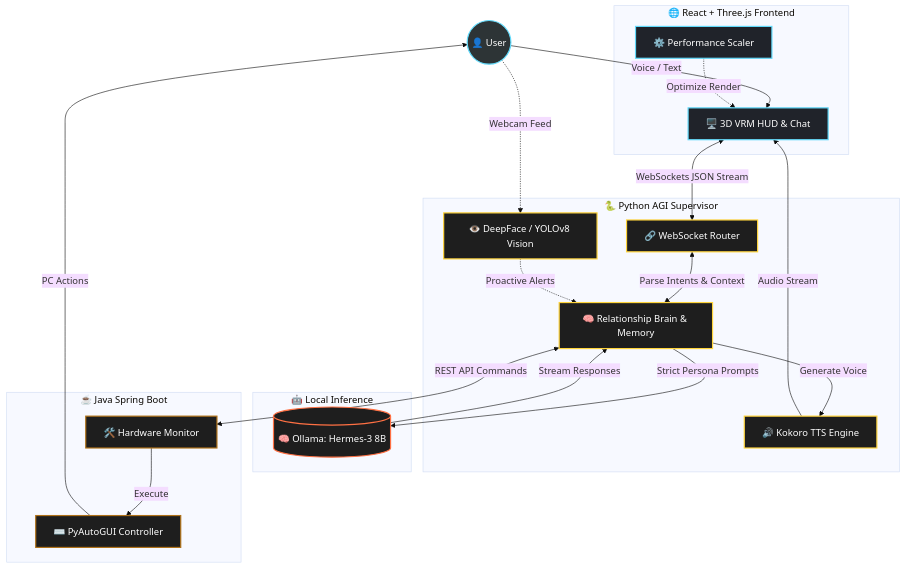
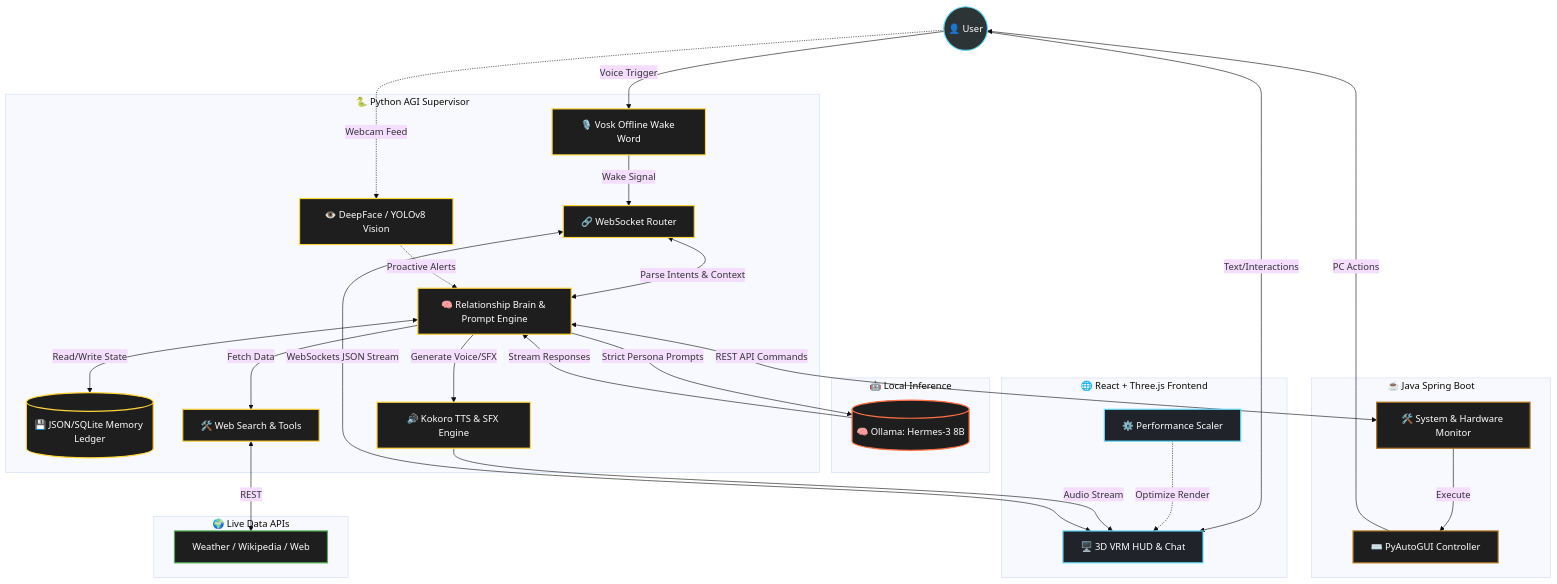
One commit to binoremohapatra/Maeve-AI changed the diagram in README.md. Above: the diagram before and after it, drawn with Mermaid (base theme).

Commit message:
docs: Expand Mermaid architecture diagram with full backend services

````diff
--- a/README.md
+++ b/README.md
@@ -33,52 +33,66 @@
 ```mermaid
 graph TD
     %% Styling Definitions
     classDef user fill:#2d3436,stroke:#61dafb,stroke-width:2px,color:#fff;
     classDef frontend fill:#20232a,stroke:#61dafb,stroke-width:2px,color:#fff;
     classDef python fill:#1e1e1e,stroke:#ffd43b,stroke-width:2px,color:#fff;
     classDef java fill:#1e1e1e,stroke:#b07219,stroke-width:2px,color:#fff;
     classDef ai fill:#1e1e1e,stroke:#ff7043,stroke-width:2px,color:#fff;
+    classDef ext fill:#1e1e1e,stroke:#4caf50,stroke-width:2px,color:#fff;
 
     User((👤 User)):::user
 
     subgraph Frontend [🌐 React + Three.js Frontend]
         UI[🖥️ 3D VRM HUD & Chat]:::frontend
         Perf[⚙️ Performance Scaler]:::frontend
     end
 
     subgraph PythonBackend [🐍 Python AGI Supervisor]
         Router[🔗 WebSocket Router]:::python
-        Brain[🧠 Relationship Brain & Memory]:::python
+        Vosk[🎙️ Vosk Offline Wake Word]:::python
+        Brain[🧠 Relationship Brain & Prompt Engine]:::python
+        Memory[(💾 JSON/SQLite Memory Ledger)]:::python
+        Tools[🛠️ Web Search & Tools]:::python
         Vision[👁️ DeepFace / YOLOv8 Vision]:::python
-        Audio[🔊 Kokoro TTS Engine]:::python
+        Audio[🔊 Kokoro TTS & SFX Engine]:::python
     end
 
     subgraph LocalAI [🤖 Local Inference]
         LLM[(🧠 Ollama: Hermes-3 8B)]:::ai
     end
 
+    subgraph External [🌍 Live Data APIs]
+        Web[Weather / Wikipedia / Web]:::ext
+    end
+
     subgraph JavaBackend [☕ Java Spring Boot]
-        SysCtrl[🛠️ Hardware Monitor]:::java
+        SysCtrl[🛠️ System & Hardware Monitor]:::java
         Auto[⌨️ PyAutoGUI Controller]:::java
     end
 
     %% Connections
-    User -->|Voice / Text| UI
+    User -->|Voice Trigger| Vosk
+    User -->|Text/Interactions| UI
     User -.->|Webcam Feed| Vision
     
     UI <-->|WebSockets JSON Stream| Router
     Perf -.->|Optimize Render| UI
     
+    Vosk -->|Wake Signal| Router
     Router <-->|Parse Intents & Context| Brain
+    
+    Brain <-->|Read/Write State| Memory
+    Brain -->|Fetch Data| Tools
+    Tools <-->|REST| Web
     Vision -.->|Proactive Alerts| Brain
     
     Brain -->|Strict Persona Prompts| LLM
     LLM -->|Stream Responses| Brain
     
-    Brain -->|Generate Voice| Audio
+    Brain -->|Generate Voice/SFX| Audio
     Audio -->|Audio Stream| UI
     
     Brain <-->|REST API Commands| SysCtrl
     SysCtrl -->|Execute| Auto
     Auto -->|PC Actions| User
 ```
````
